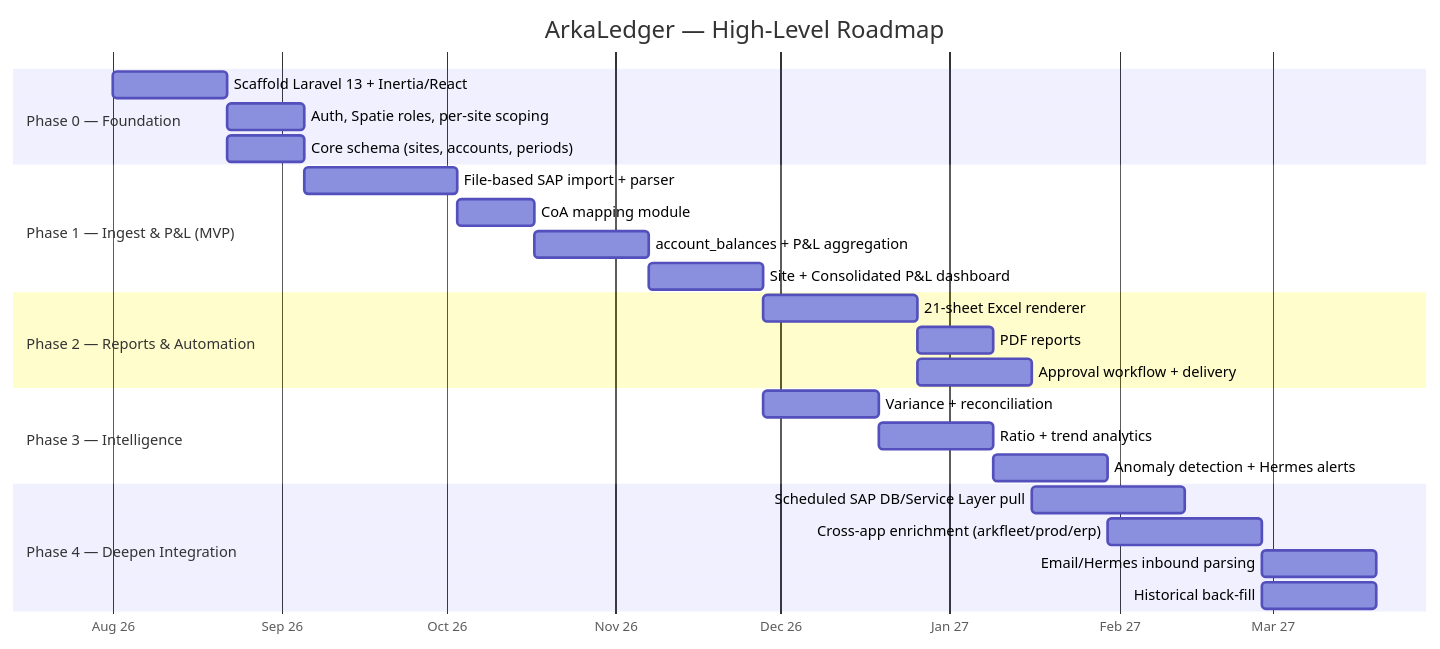
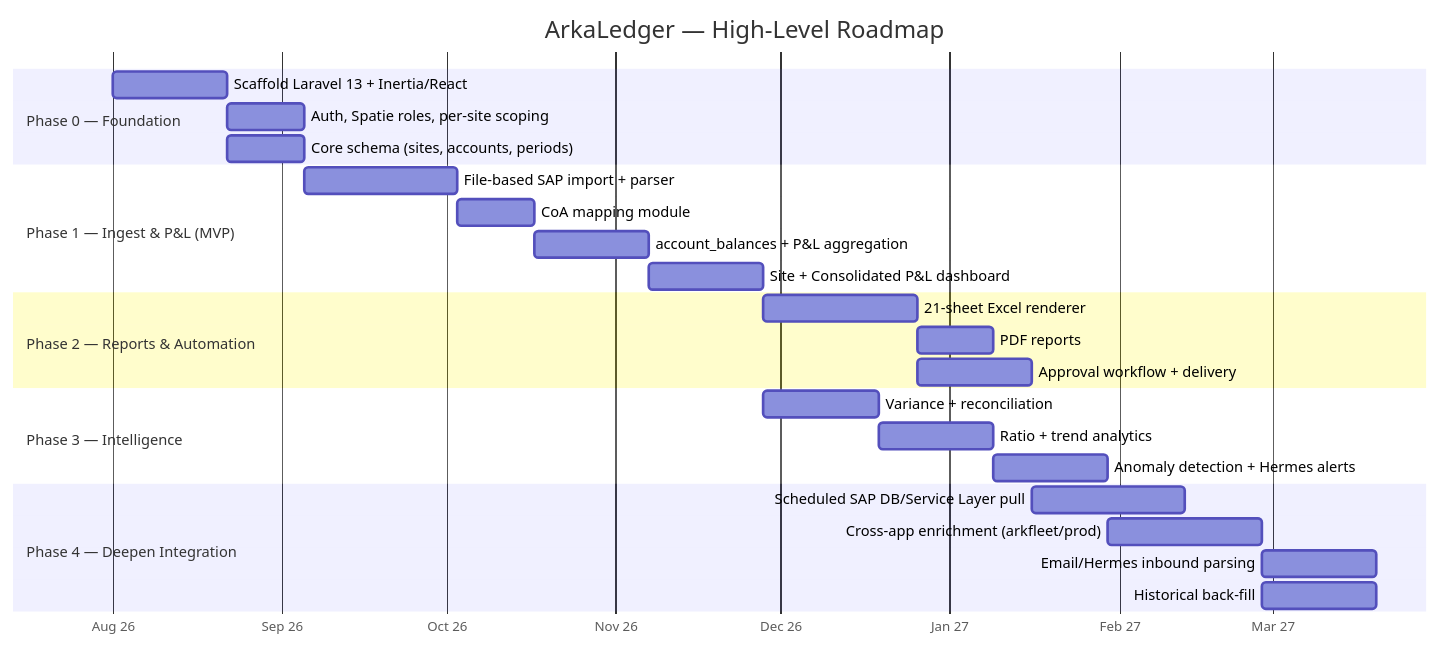
Before and after one commit to rachmanj/inhouse-pnl: diagram 18 of 19 in docs/concept.md, drawn with Mermaid. The commit also changed other lines of this file and 8 other files, not shown here.

````diff
--- a/docs/concept.md
+++ b/docs/concept.md
@@ -1049,33 +1026,33 @@
 ```mermaid
 gantt
     title ArkaLedger — High-Level Roadmap
     dateFormat  YYYY-MM
     axisFormat  %b %y
 
     section Phase 0 — Foundation
     Scaffold Laravel 13 + Inertia/React      :p0a, 2026-08, 3w
     Auth, Spatie roles, per-site scoping     :p0b, after p0a, 2w
     Core schema (sites, accounts, periods)   :p0c, after p0a, 2w
 
     section Phase 1 — Ingest & P&L (MVP)
     File-based SAP import + parser           :p1a, after p0c, 4w
     CoA mapping module                        :p1b, after p1a, 2w
     account_balances + P&L aggregation        :p1c, after p1b, 3w
     Site + Consolidated P&L dashboard         :p1d, after p1c, 3w
 
     section Phase 2 — Reports & Automation
     21-sheet Excel renderer                   :p2a, after p1d, 4w
     PDF reports                               :p2b, after p2a, 2w
     Approval workflow + delivery              :p2c, after p2a, 3w
 
     section Phase 3 — Intelligence
     Variance + reconciliation                 :p3a, after p1d, 3w
     Ratio + trend analytics                   :p3b, after p3a, 3w
     Anomaly detection + Hermes alerts         :p3c, after p3b, 3w
 
     section Phase 4 — Deepen Integration
     Scheduled SAP DB/Service Layer pull       :p4a, after p2c, 4w
-    Cross-app enrichment (arkfleet/prod/erp)  :p4b, after p3c, 4w
+    Cross-app enrichment (arkfleet/prod)      :p4b, after p3c, 4w
     Email/Hermes inbound parsing              :p4c, after p4b, 3w
     Historical back-fill                      :p4d, after p4b, 3w
 ```
````
